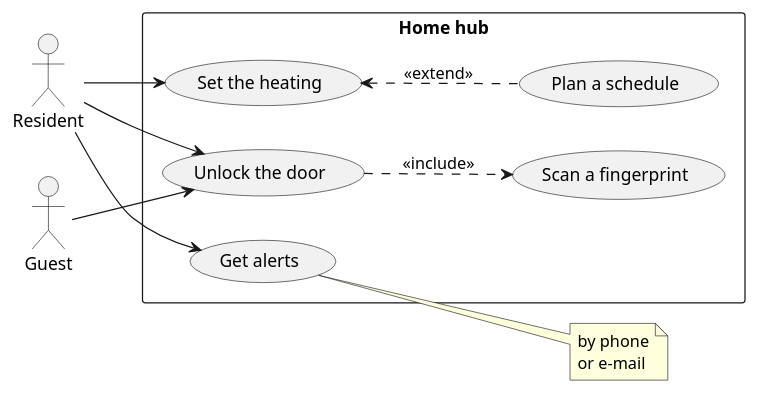
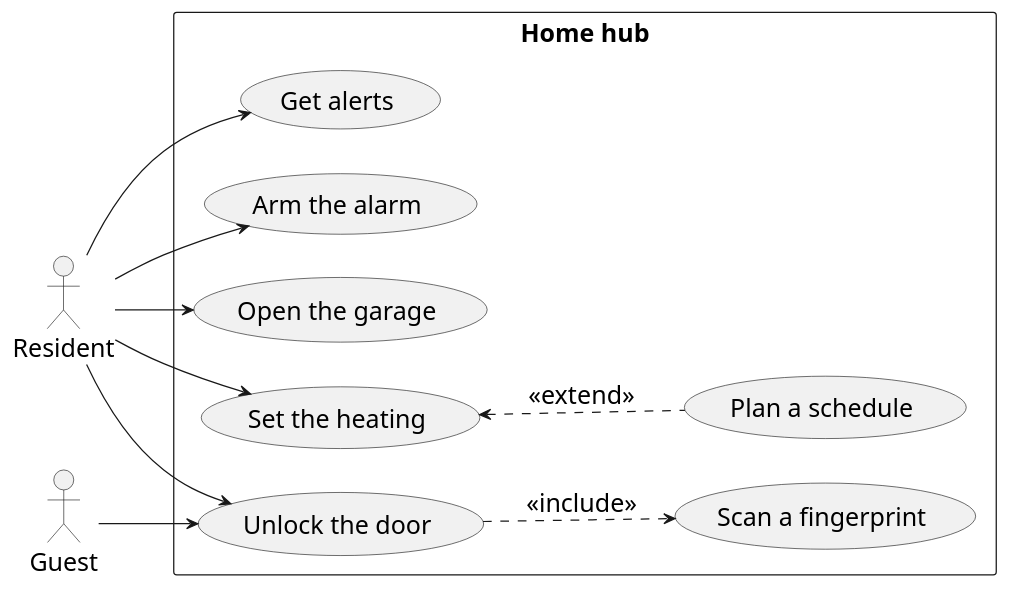
The diagram in docs/images/plantuml/usecase.puml (demaconsulting/CanvasNet), drawn with PlantUML before and after one commit. The commit also changed 16 other files, not shown here.

First line of the commit message:
Polish the PlantUML README images after visual review

```diff
--- a/docs/images/plantuml/usecase.puml
+++ b/docs/images/plantuml/usecase.puml
@@ -1,19 +1,27 @@
 @startuml
+skinparam defaultFontSize 20
+skinparam arrowFontSize 20
+skinparam actorFontSize 20
+skinparam rectangleFontSize 20
+skinparam usecaseFontSize 20
 left to right direction
 actor Resident
 actor Guest
 rectangle "Home hub" {
   usecase "Unlock the door" as Unlock
   usecase "Scan a fingerprint" as Scan
+  usecase "Open the garage" as Garage
   usecase "Set the heating" as Heat
   usecase "Plan a schedule" as Plan
   usecase "Get alerts" as Alerts
+  usecase "Arm the alarm" as Arm
 }
 Guest --> Unlock
 Resident --> Unlock
+Resident --> Garage
 Resident --> Heat
 Resident --> Alerts
+Resident --> Arm
 Unlock ..> Scan : <<include>>
 Heat <.. Plan : <<extend>>
-note right of Alerts : by phone\nor e-mail
 @enduml
```
